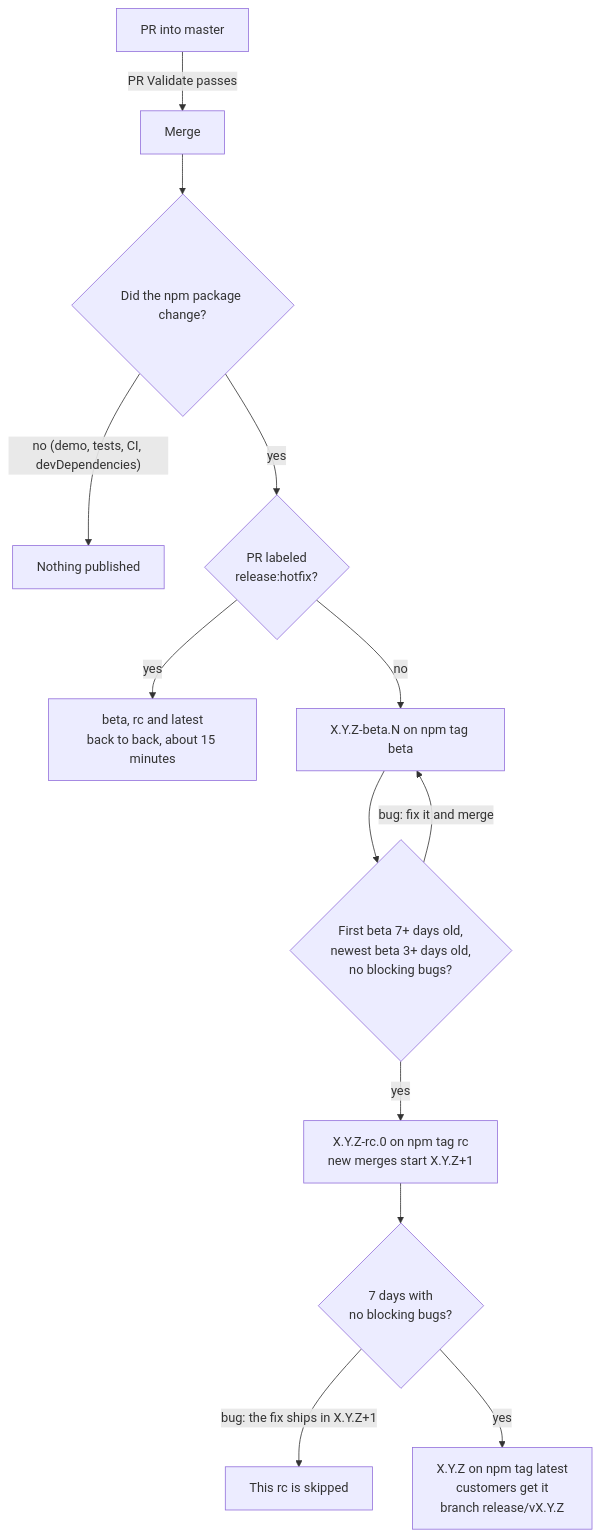
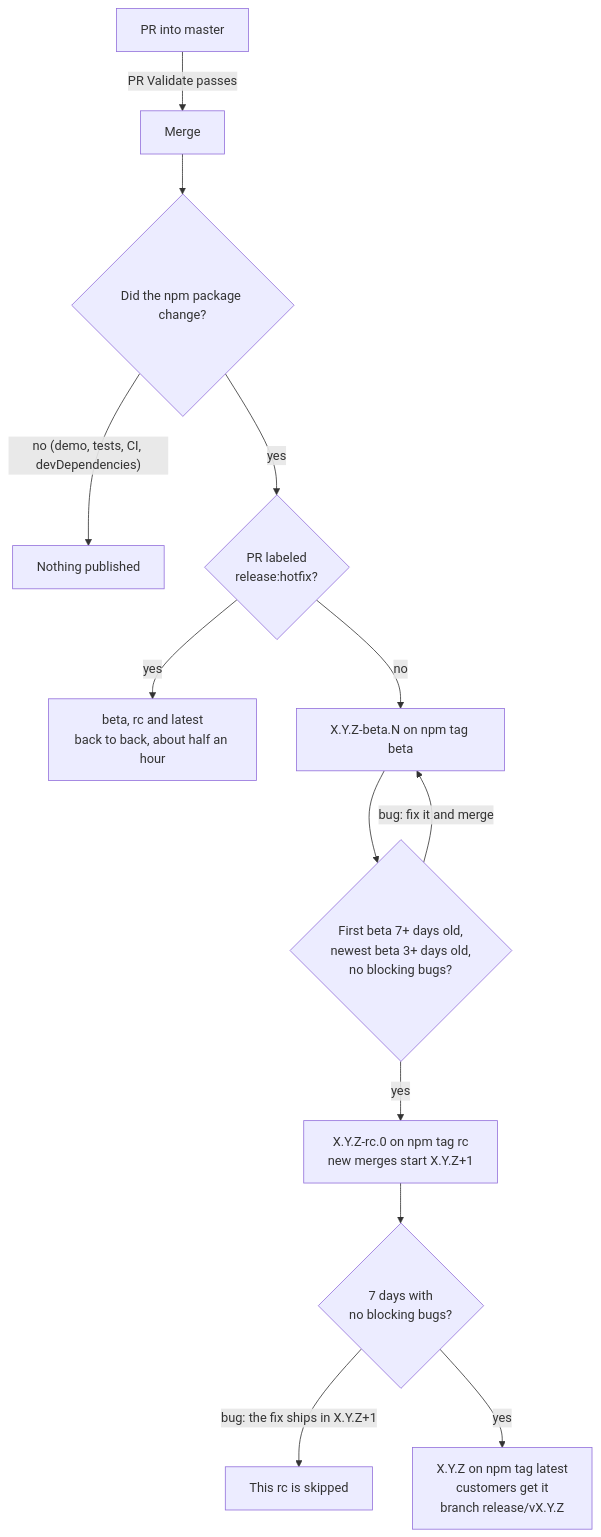
One commit to DomoApps/domo.js changed the first of 2 diagrams in RELEASING.md. Above: the diagram before and after it, drawn with Mermaid. The commit also changed other lines of this file and 2 other files, not shown here.

````diff
--- a/RELEASING.md
+++ b/RELEASING.md
@@ -17,15 +17,15 @@
 ```mermaid
 flowchart TD
     PR["PR into master"] -->|"PR Validate passes"| MERGE["Merge"]
     MERGE --> CHANGED{"Did the npm package change?"}
     CHANGED -->|"no (demo, tests, CI, devDependencies)"| NOTHING["Nothing published"]
     CHANGED -->|"yes"| HOT{"PR labeled<br/>release:hotfix?"}
-    HOT -->|"yes"| FAST["beta, rc and latest<br/>back to back, about 15 minutes"]
+    HOT -->|"yes"| FAST["beta, rc and latest<br/>back to back, about half an hour"]
     HOT -->|"no"| BETA["X.Y.Z-beta.N on npm tag beta"]
     BETA --> SOAK1{"First beta 7+ days old,<br/>newest beta 3+ days old,<br/>no blocking bugs?"}
     SOAK1 -->|"bug: fix it and merge"| BETA
     SOAK1 -->|"yes"| RC["X.Y.Z-rc.0 on npm tag rc<br/>new merges start X.Y.Z+1"]
     RC --> SOAK2{"7 days with<br/>no blocking bugs?"}
     SOAK2 -->|"bug: the fix ships in X.Y.Z+1"| SKIP["This rc is skipped"]
     SOAK2 -->|"yes"| GA["X.Y.Z on npm tag latest<br/>customers get it<br/>branch release/vX.Y.Z"]
 ```
````
